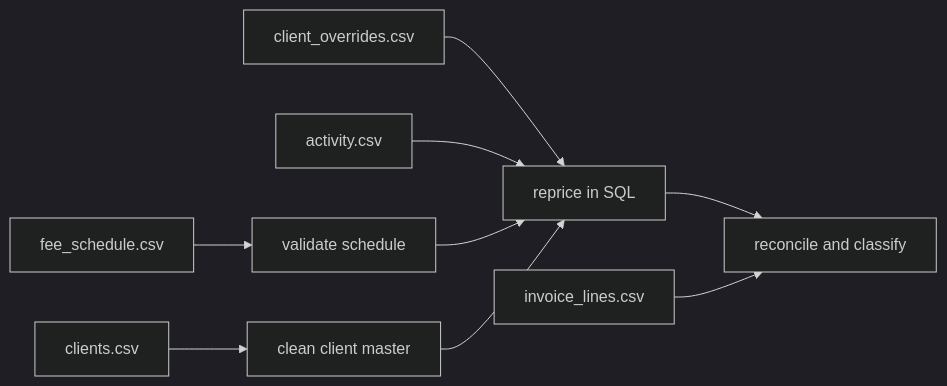
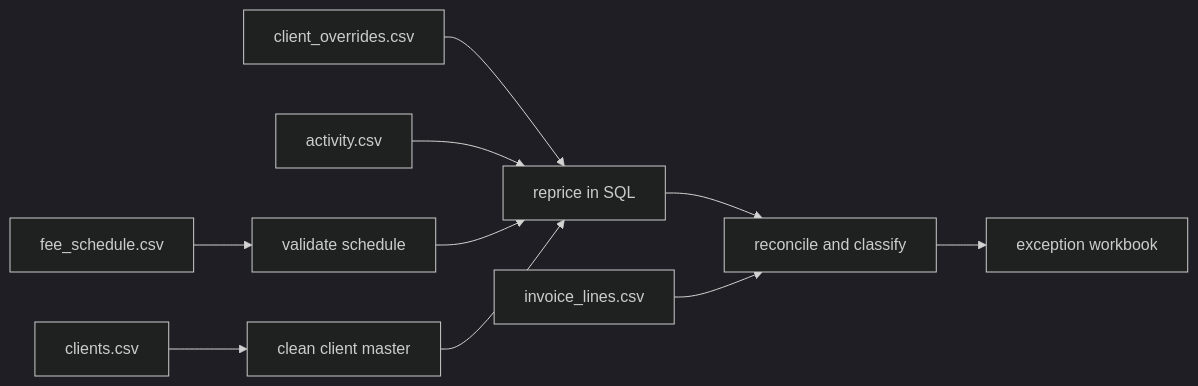
Before and after one commit to can-ayhan/fee-billing-reconciliation: the diagram in README.md, drawn with Mermaid (dark theme). The commit also changed other lines of this file and 2 other files, not shown here.

Commit message:
Add the workbook to the README with screenshots

````diff
--- a/README.md
+++ b/README.md
@@ -11,11 +13,12 @@
 ```mermaid
 flowchart LR
     F[fee_schedule.csv] --> V[validate schedule]
     C[clients.csv] --> M[clean client master]
     O[client_overrides.csv] --> P
     A[activity.csv] --> P
     V --> P[reprice in SQL]
     M --> P
     P --> R[reconcile and classify]
     I[invoice_lines.csv] --> R
+    R --> X[exception workbook]
 ```
````
